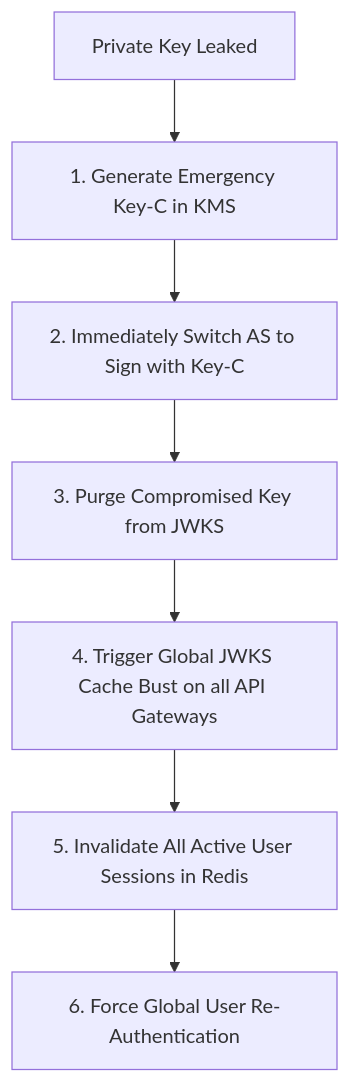
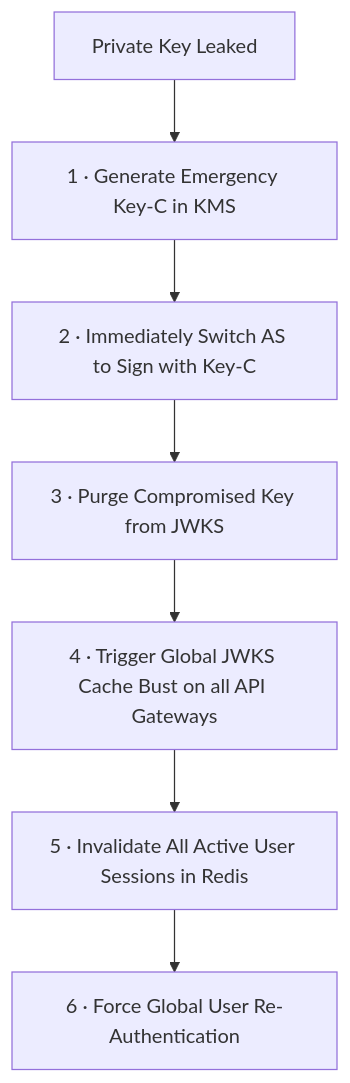
Before and after one commit to darshan-raul/cloudnative-wiki: the second of 2 diagrams in content/Architecture/solution-architecture-concepts/authentication/stage5/03-crypto-hardening.md, drawn with Mermaid. The commit also changed 94 other files, not shown here.

````diff
--- a/content/Architecture/solution-architecture-concepts/authentication/stage5/03-crypto-hardening.md
+++ b/content/Architecture/solution-architecture-concepts/authentication/stage5/03-crypto-hardening.md
@@ -125,9 +125,9 @@
 ```mermaid
 flowchart TD
-    Leak[Private Key Leaked] --> Step1[1. Generate Emergency Key-C in KMS]
-    Step1 --> Step2[2. Immediately Switch AS to Sign with Key-C]
-    Step2 --> Step3[3. Purge Compromised Key from JWKS]
-    Step3 --> Step4[4. Trigger Global JWKS Cache Bust on all API Gateways]
-    Step4 --> Step5[5. Invalidate All Active User Sessions in Redis]
-    Step5 --> Step6[6. Force Global User Re-Authentication]
+    Leak[Private Key Leaked] --> Step1[1 · Generate Emergency Key-C in KMS]
+    Step1 --> Step2[2 · Immediately Switch AS to Sign with Key-C]
+    Step2 --> Step3[3 · Purge Compromised Key from JWKS]
+    Step3 --> Step4[4 · Trigger Global JWKS Cache Bust on all API Gateways]
+    Step4 --> Step5[5 · Invalidate All Active User Sessions in Redis]
+    Step5 --> Step6[6 · Force Global User Re-Authentication]
 ```
````
